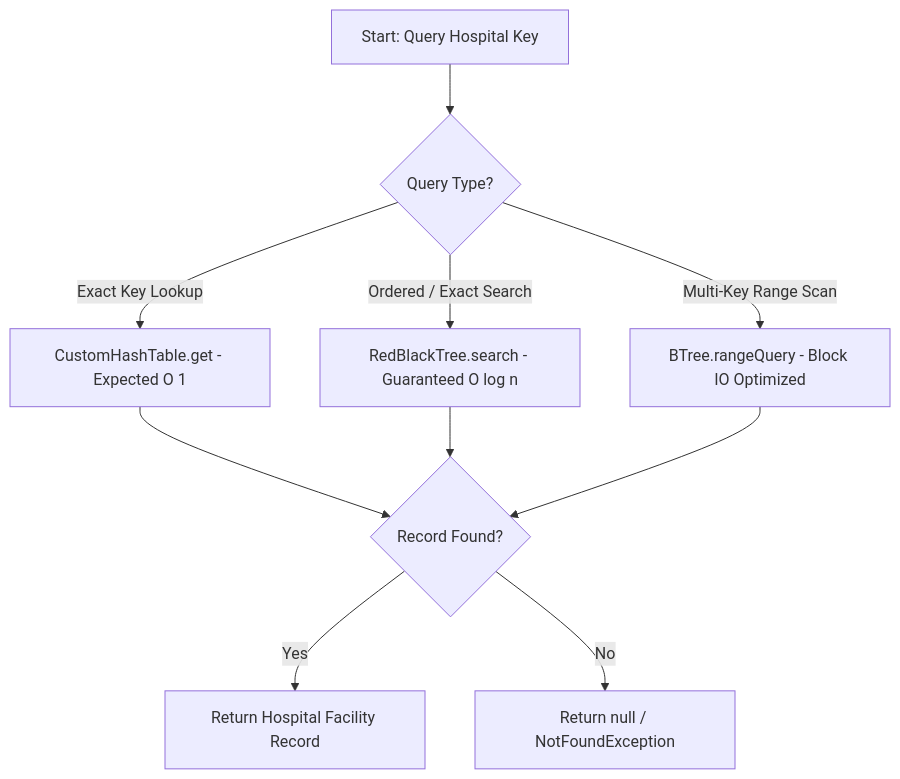
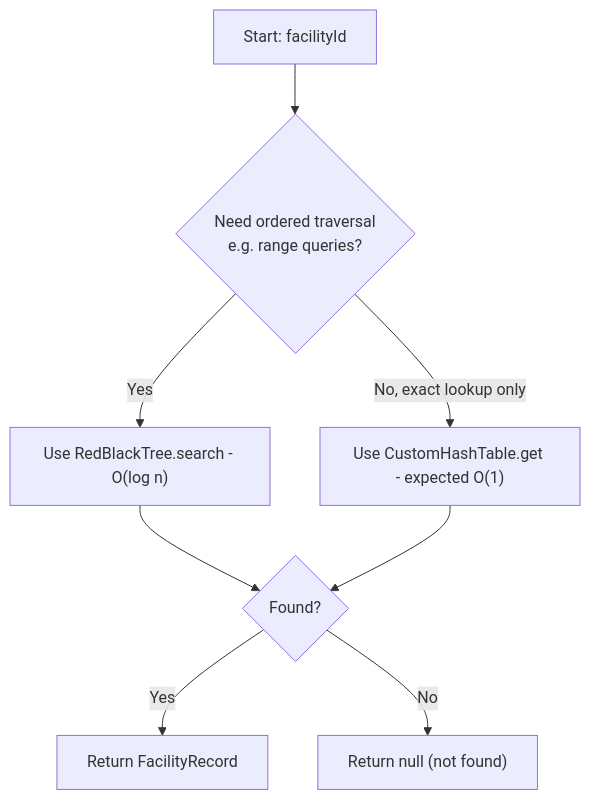
The fourth of 5 diagrams in docs/service-operations/flowcharts-pseudocode.md (Septagon-Systems/Hospital-Service-DSA), drawn with Mermaid before and after one commit. The commit also changed other lines of this file, not shown here.

First line of the commit message:
Revise flowcharts and pseudocode for major operations

````diff
--- a/docs/service-operations/flowcharts-pseudocode.md
+++ b/docs/service-operations/flowcharts-pseudocode.md
@@ -294,12 +262,10 @@
 ```mermaid
 flowchart TD
-    A[Start: Query Hospital Key] --> B{Query Type?}
-    B -- Exact Key Lookup --> C[CustomHashTable.get - Expected O 1]
-    B -- Ordered / Exact Search --> D[RedBlackTree.search - Guaranteed O log n]
-    B -- Multi-Key Range Scan --> E[BTree.rangeQuery - Block IO Optimized]
-    C --> F{Record Found?}
-    D --> F
-    E --> F
-    F -- Yes --> G[Return Hospital Facility Record]
-    F -- No --> H[Return null / NotFoundException]
+    A[Start: facilityId] --> B{"Need ordered traversal<br/>e.g. range queries?"}
+    B -- Yes --> C["Use RedBlackTree.search - O(log n)"]
+    B -- "No, exact lookup only" --> D["Use CustomHashTable.get - expected O(1)"]
+    C --> E{Found?}
+    D --> E
+    E -- Yes --> F[Return FacilityRecord]
+    E -- No --> G["Return null (not found)"]
 ```
````
